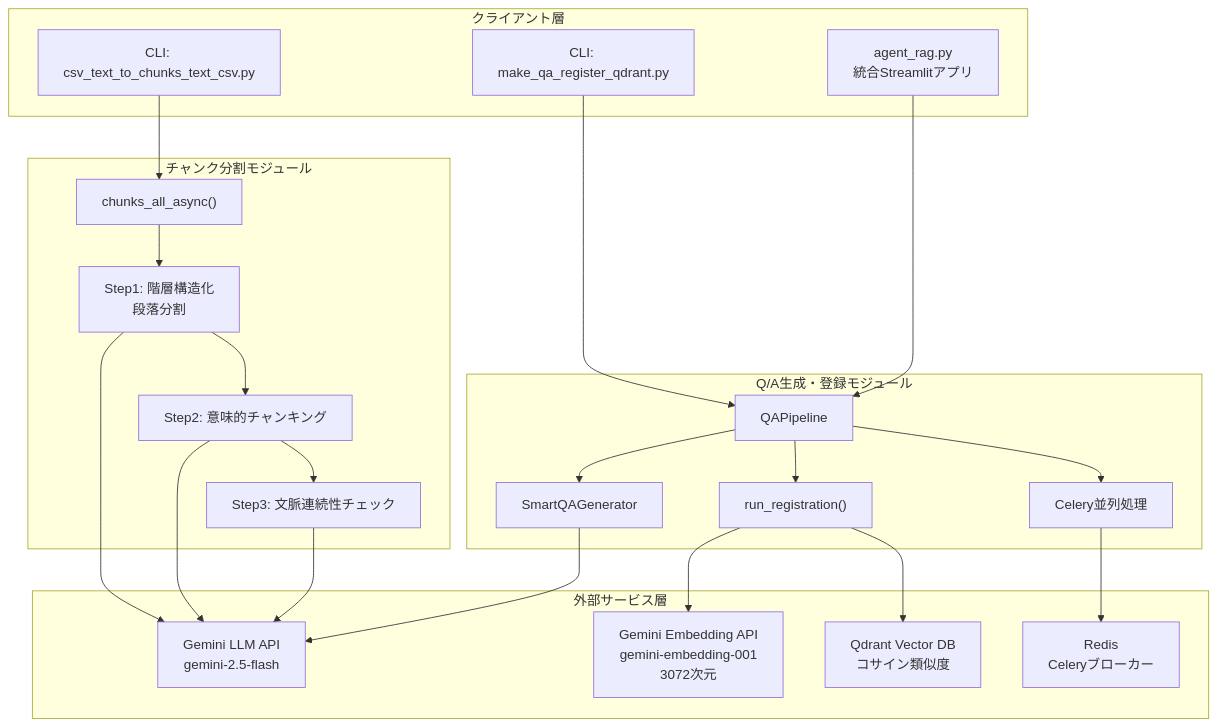
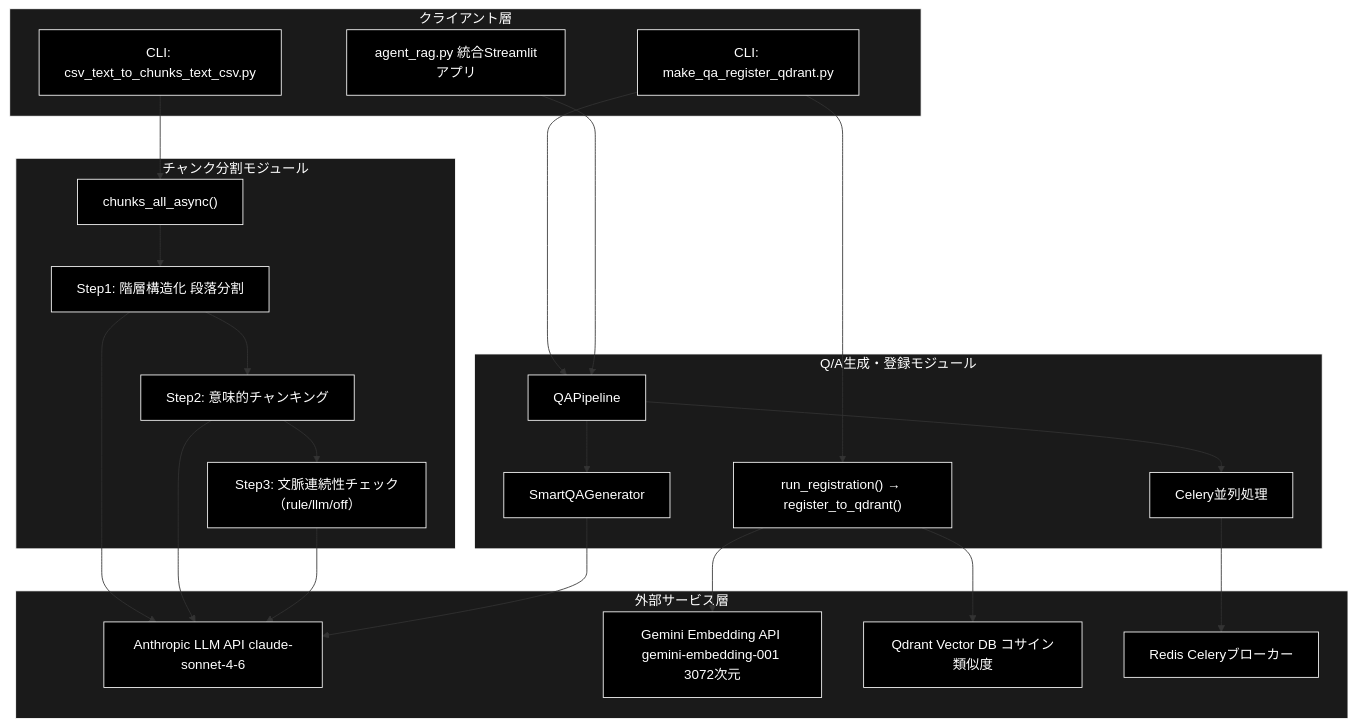
One commit to nakashima2toshio/anthropic_grace_agent_v2 changed the first of 5 diagrams in readme_rag.md. Above: the diagram before and after it, drawn with Mermaid. The commit also changed other lines of this file and 5 other files, not shown here.

````diff
--- a/readme_rag.md
+++ b/readme_rag.md
@@ -81,43 +86,50 @@
 ```mermaid
 flowchart TB
     subgraph CLIENT["クライアント層"]
-        APP["agent_rag.py<br/>統合Streamlitアプリ"]
+        APP["agent_rag.py 統合Streamlitアプリ"]
         CLI_CHUNK["CLI: csv_text_to_chunks_text_csv.py"]
         CLI_QA["CLI: make_qa_register_qdrant.py"]
     end
 
     subgraph CHUNKING["チャンク分割モジュール"]
         CHUNK_MAIN["chunks_all_async()"]
-        STEP1["Step1: 階層構造化<br/>段落分割"]
+        STEP1["Step1: 階層構造化 段落分割"]
         STEP2["Step2: 意味的チャンキング"]
-        STEP3["Step3: 文脈連続性チェック"]
+        STEP3["Step3: 文脈連続性チェック（rule/llm/off）"]
     end
 
     subgraph QA_PIPELINE["Q/A生成・登録モジュール"]
         PIPELINE["QAPipeline"]
         SMART_QA["SmartQAGenerator"]
         CELERY["Celery並列処理"]
-        REG["run_registration()"]
+        REG["run_registration() → register_to_qdrant()"]
     end
 
     subgraph EXTERNAL["外部サービス層"]
-        GEMINI_LLM["Gemini LLM API<br/>gemini-2.5-flash"]
-        GEMINI_EMB["Gemini Embedding API<br/>gemini-embedding-001<br/>3072次元"]
-        QDRANT["Qdrant Vector DB<br/>コサイン類似度"]
-        REDIS["Redis<br/>Celeryブローカー"]
+        ANTHROPIC_LLM["Anthropic LLM API claude-sonnet-4-6"]
+        GEMINI_EMB["Gemini Embedding API gemini-embedding-001 3072次元"]
+        QDRANT["Qdrant Vector DB コサイン類似度"]
+        REDIS["Redis Celeryブローカー"]
     end
 
     CLI_CHUNK --> CHUNK_MAIN
     CHUNK_MAIN --> STEP1 --> STEP2 --> STEP3
-    STEP1 --> GEMINI_LLM
-    STEP2 --> GEMINI_LLM
-    STEP3 --> GEMINI_LLM
+    STEP1 --> ANTHROPIC_LLM
+    STEP2 --> ANTHROPIC_LLM
+    STEP3 --> ANTHROPIC_LLM
 
     CLI_QA --> PIPELINE
     APP --> PIPELINE
-    PIPELINE --> SMART_QA --> GEMINI_LLM
+    PIPELINE --> SMART_QA --> ANTHROPIC_LLM
     PIPELINE --> CELERY --> REDIS
-    PIPELINE --> REG
+    CLI_QA --> REG
     REG --> GEMINI_EMB
     REG --> QDRANT
+classDef default fill:#000,stroke:#fff,color:#fff
+classDef subgraphStyle fill:#1a1a1a,stroke:#fff,color:#fff
+class APP,CLI_CHUNK,CLI_QA,CHUNK_MAIN,STEP1,STEP2,STEP3,PIPELINE,SMART_QA,CELERY,REG,ANTHROPIC_LLM,GEMINI_EMB,QDRANT,REDIS default
+style CLIENT fill:#1a1a1a,stroke:#fff,color:#fff
+style CHUNKING fill:#1a1a1a,stroke:#fff,color:#fff
+style QA_PIPELINE fill:#1a1a1a,stroke:#fff,color:#fff
+style EXTERNAL fill:#1a1a1a,stroke:#fff,color:#fff
 ```
````
